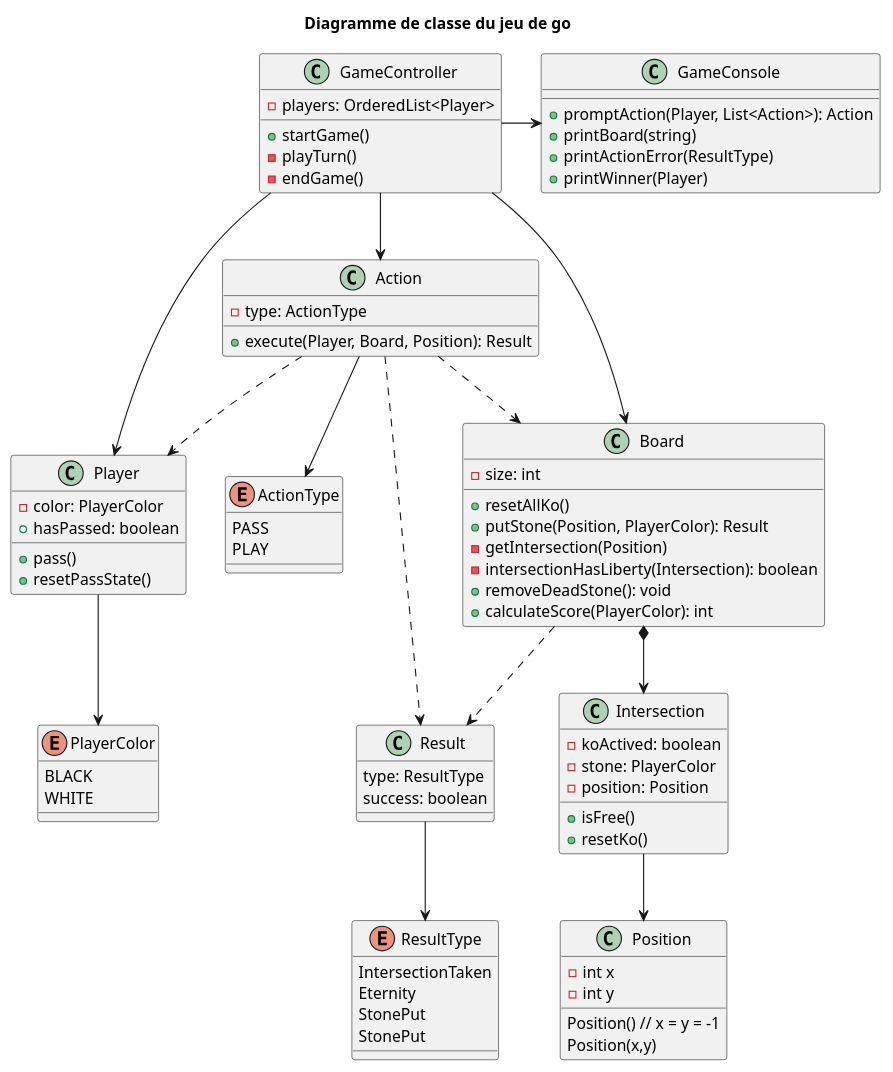
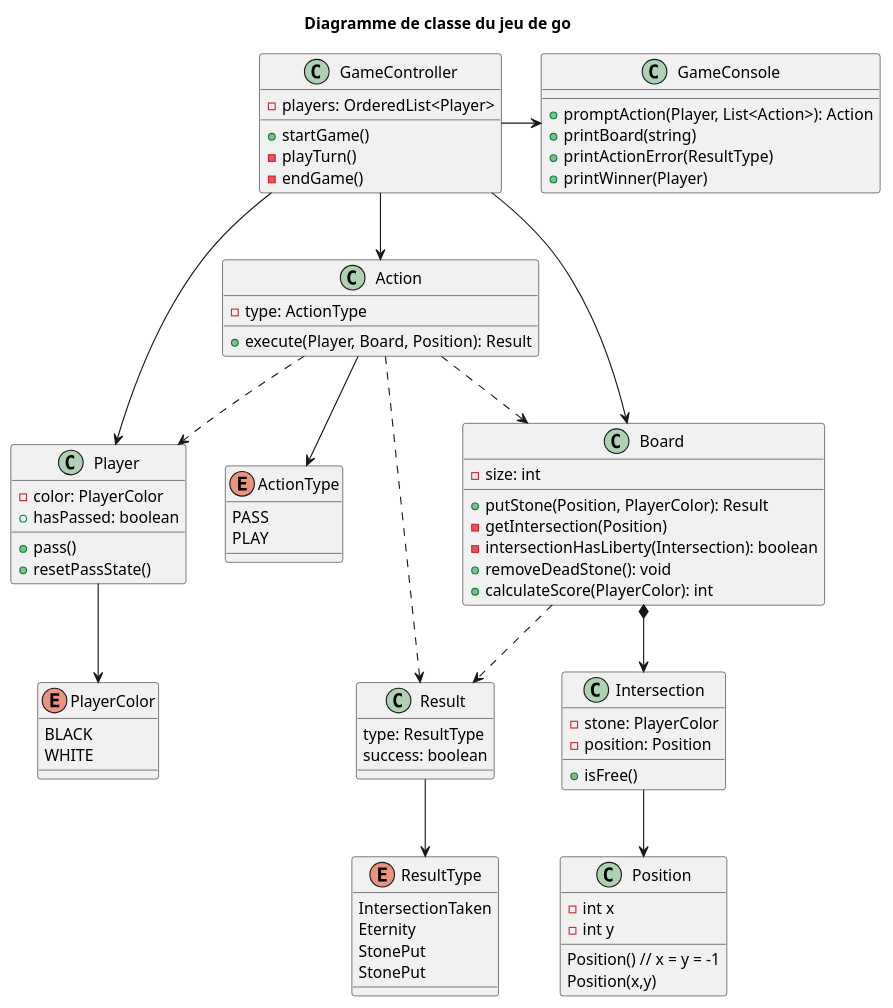
The diagram in Conception.puml (pierrelucueisd/compteurpoints-jeu-go-java), drawn with PlantUML before and after one commit. The commit also changed 19 other files, not shown here.

```diff
--- a/Conception.puml
+++ b/Conception.puml
@@ -1,97 +1,94 @@
 @startuml
 
 title Diagramme de classe du jeu de go
 
 class GameController {
     - players: OrderedList<Player>
     + startGame()
     - playTurn()
     - endGame()
 }
 
 class GameConsole {
     + promptAction(Player, List<Action>): Action
     + printBoard(string)
     + printActionError(ResultType)
     + printWinner(Player)
 }
 
 class Action {
     - type: ActionType
     + execute(Player, Board, Position): Result
 }
 
 enum ActionType {
     PASS
     PLAY
 }
 
 class Result {
    type: ResultType
    success: boolean
 }
 
 enum ResultType {
     IntersectionTaken
     Eternity
     StonePut
     StonePut
 }
 
 class Player{
     - color: PlayerColor
     + hasPassed: boolean
     + pass()
     + resetPassState()
 }
 
 enum PlayerColor{
     BLACK
     WHITE
 }
 
 class Board {
     - size: int
-    + resetAllKo()
     + putStone(Position, PlayerColor): Result
     - getIntersection(Position)
     - intersectionHasLiberty(Intersection): boolean
     + removeDeadStone(): void
     + calculateScore(PlayerColor): int
 }
 
 class Intersection {
-    - koActived: boolean
     - stone: PlayerColor
     - position: Position
     + isFree()
-    + resetKo()
 }
 
 class Position {
     Position() // x = y = -1
     Position(x,y)
     - int x
     - int y
 }
 
 Action --> ActionType
 Action -.> Player
 Action -.> Board
 Action -.> Result
 
 Result --> ResultType
 
 Intersection --> Position
 
 Board *--> Intersection
 Board -.> Result
 
 GameController --> Action
 GameController --> Board
 GameController --> Player
 GameController -> GameConsole
 
 Player --> PlayerColor
 
 @enduml
```
